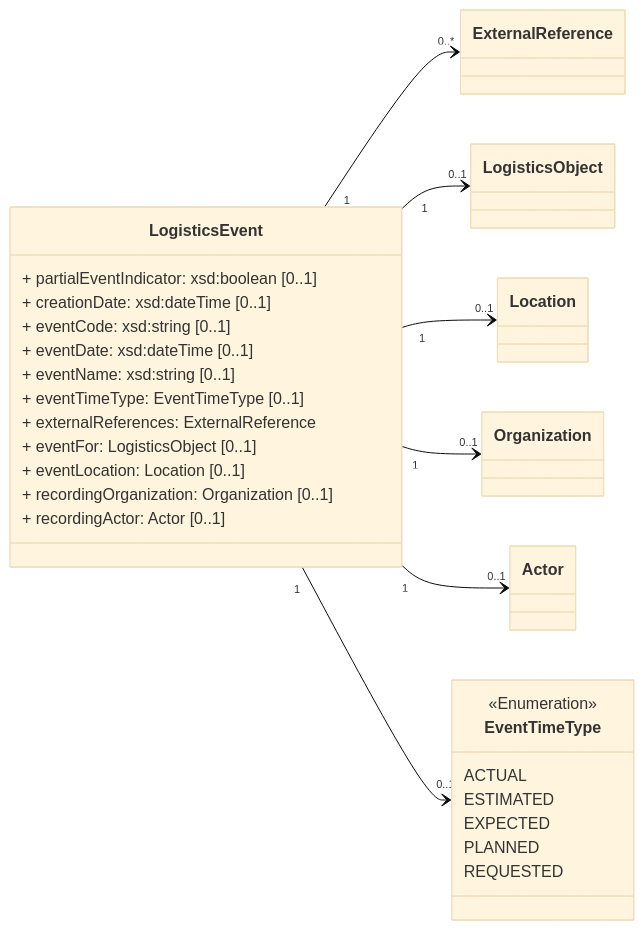
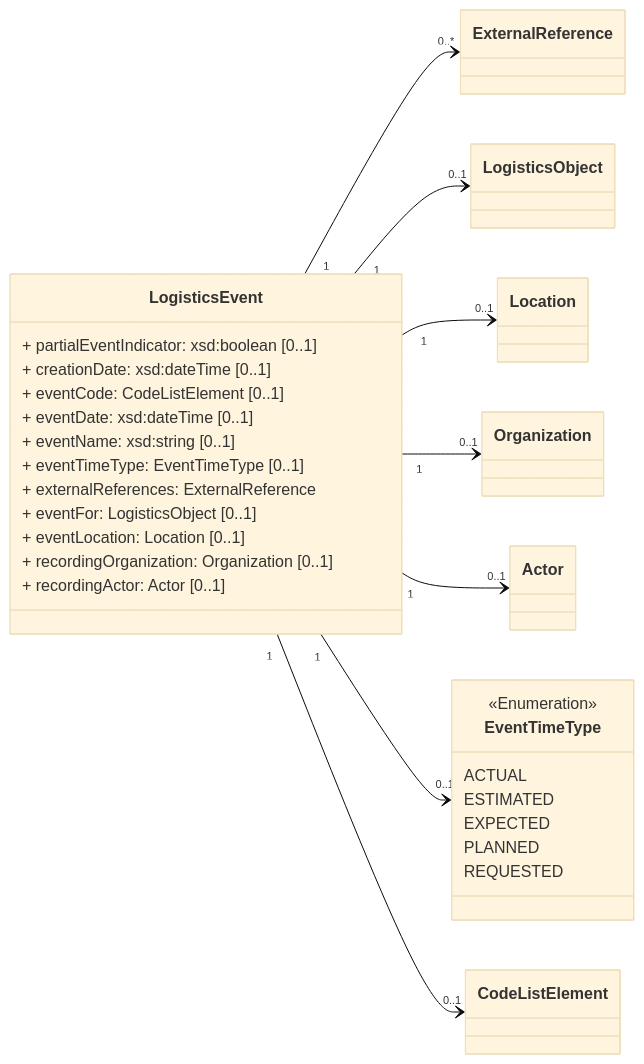
One commit to IATA-Cargo/ONE-Record changed the first of 2 diagrams in Documentation_website/docs/API-Security/logistics-events.md. Above: the diagram before and after it, drawn with Mermaid (base theme).

Commit message:
fix typos on logistics events

````diff
--- a/Documentation_website/docs/API-Security/logistics-events.md
+++ b/Documentation_website/docs/API-Security/logistics-events.md
@@ -47,49 +47,53 @@
 ```mermaid
 classDiagram   
     direction LR   
 
     class LogisticsObject{                
     }
 
     class Actor{        
     }  
 
     class Organization{            
     }  
 
     class Location{        
     }  
 
     class ExternalReference{        
     }  
     
+    class CodeListElement{        
+    }  
+
     class EventTimeType{   
         <<Enumeration>>
         ACTUAL
         ESTIMATED
         EXPECTED
         PLANNED
         REQUESTED   
     }  
 
     class LogisticsEvent{
         + partialEventIndicator: xsd:boolean [0..1]
         + creationDate: xsd:dateTime [0..1]
-        + eventCode: xsd:string [0..1]
+        + eventCode: CodeListElement [0..1]
         + eventDate: xsd:dateTime [0..1]
         + eventName: xsd:string [0..1]
         + eventTimeType: EventTimeType [0..1]
         + externalReferences: ExternalReference 
         + eventFor: LogisticsObject [0..1]
         + eventLocation: Location [0..1]
         + recordingOrganization: Organization [0..1]
         + recordingActor: Actor [0..1]
 
     }
     LogisticsEvent "1" --> "0..*" ExternalReference
     LogisticsEvent "1" --> "0..1" LogisticsObject
     LogisticsEvent "1" --> "0..1" Location
     LogisticsEvent "1" --> "0..1" Organization
     LogisticsEvent "1" --> "0..1" Actor
     LogisticsEvent "1" --> "0..1" EventTimeType
+    LogisticsEvent "1" --> "0..1" CodeListElement
 ```
````
